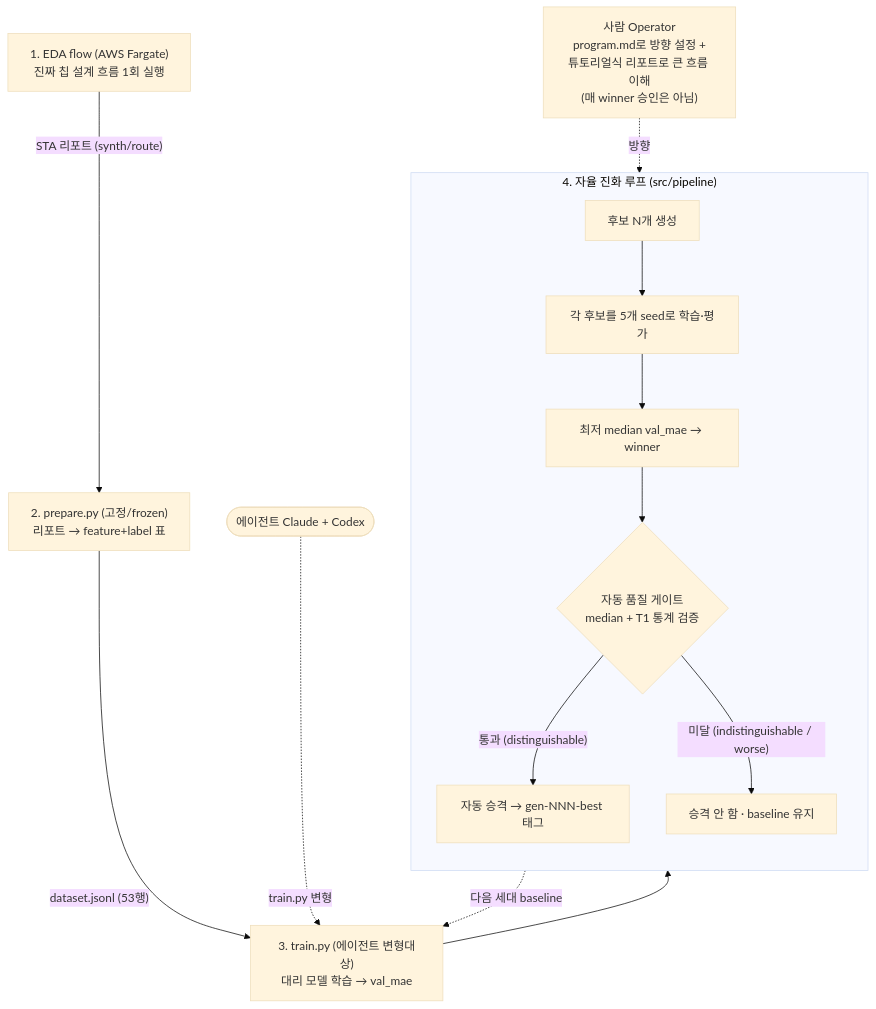
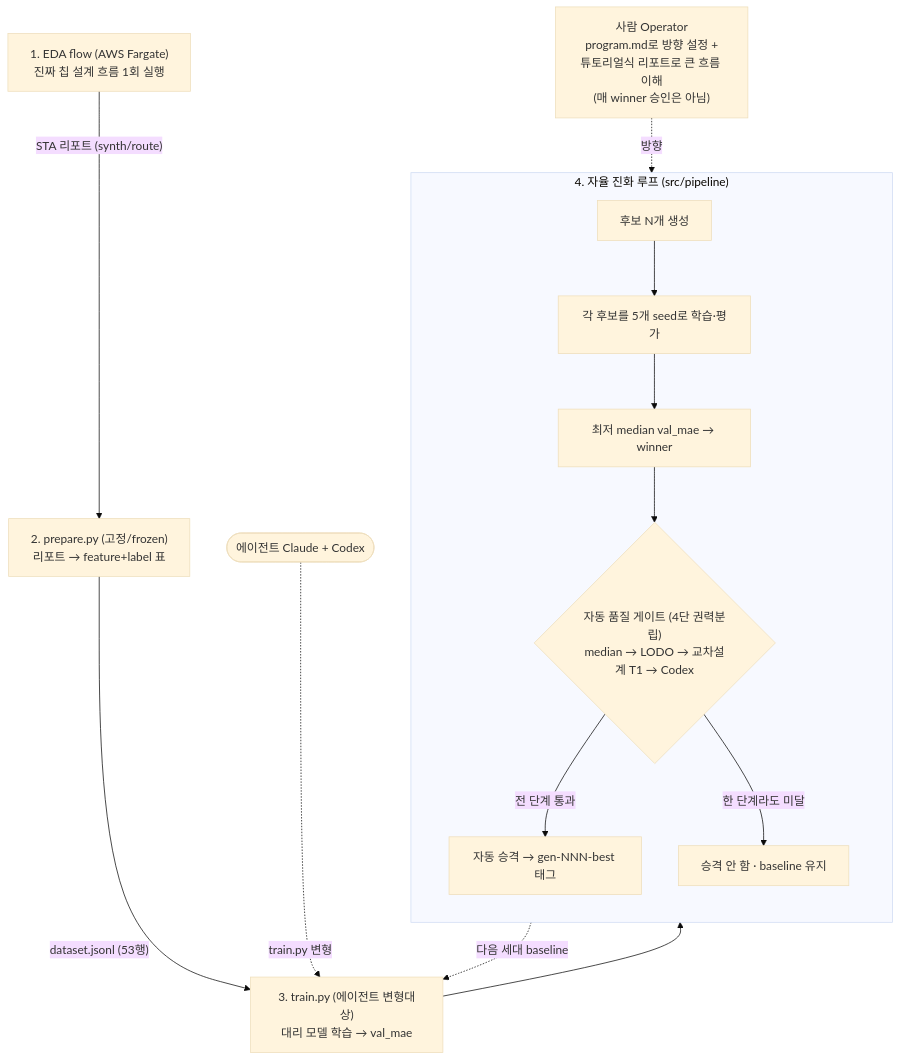
The diagram in docs/TUTORIAL.md (roboco-io/semiconductor-design), drawn with Mermaid (base theme) before and after one commit. The commit also changed other lines of this file and 2 other files, not shown here.

First line of the commit message:
docs(reader): 독자용 문서를 gen-008·4단 게이트까지 정합

````diff
--- a/docs/TUTORIAL.md
+++ b/docs/TUTORIAL.md
@@ -107,25 +107,25 @@
 ```mermaid
 flowchart TD
     A["1. EDA flow (AWS Fargate)<br/>진짜 칩 설계 흐름 1회 실행"]
     B["2. prepare.py (고정/frozen)<br/>리포트 → feature+label 표"]
     C["3. train.py (에이전트 변형대상)<br/>대리 모델 학습 → val_mae"]
     AG(["에이전트 Claude + Codex"])
     OP["사람 Operator<br/>program.md로 방향 설정 +<br/>튜토리얼식 리포트로 큰 흐름 이해<br/>(매 winner 승인은 아님)"]
 
     A -->|"STA 리포트 (synth/route)"| B
     B -->|"dataset.jsonl (53행)"| C
     AG -.->|"train.py 변형"| C
 
     subgraph D["4. 자율 진화 루프 (src/pipeline)"]
         direction TB
         D1["후보 N개 생성"] --> D2["각 후보를 5개 seed로 학습·평가"]
         D2 --> D3["최저 median val_mae → winner"]
-        D3 --> D4{"자동 품질 게이트<br/>median + T1 통계 검증"}
-        D4 -->|"통과 (distinguishable)"| D5["자동 승격 → gen-NNN-best 태그"]
-        D4 -->|"미달 (indistinguishable / worse)"| D6["승격 안 함 · baseline 유지"]
+        D3 --> D4{"자동 품질 게이트 (4단 권력분립)<br/>median → LODO → 교차설계 T1 → Codex"}
+        D4 -->|"전 단계 통과"| D5["자동 승격 → gen-NNN-best 태그"]
+        D4 -->|"한 단계라도 미달"| D6["승격 안 함 · baseline 유지"]
     end
 
     C --> D1
     OP -.->|"방향"| D1
     D5 -.->|"다음 세대 baseline"| C
 ```
````
